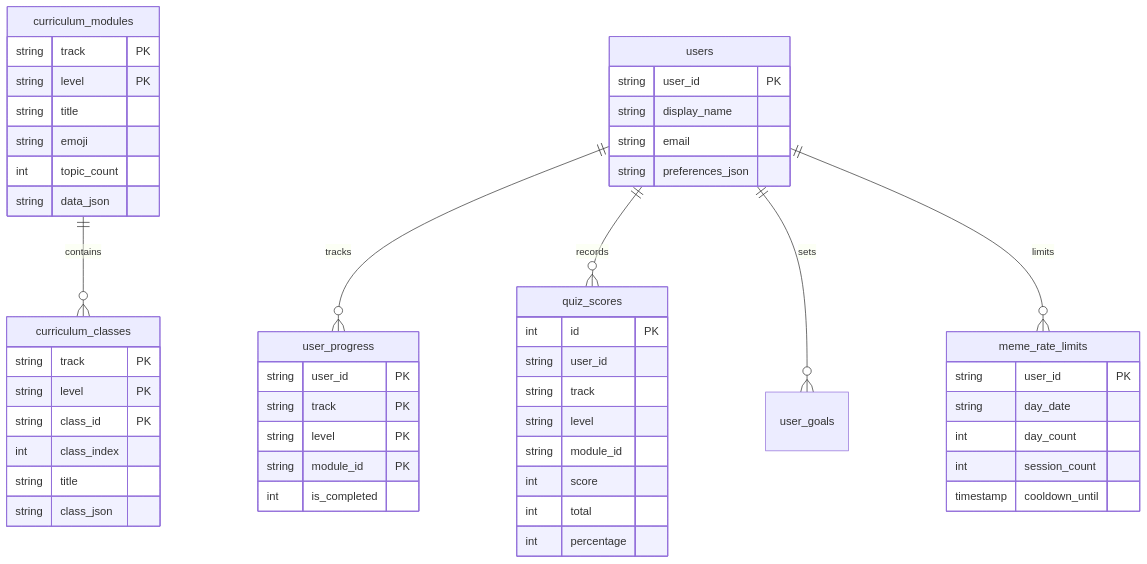
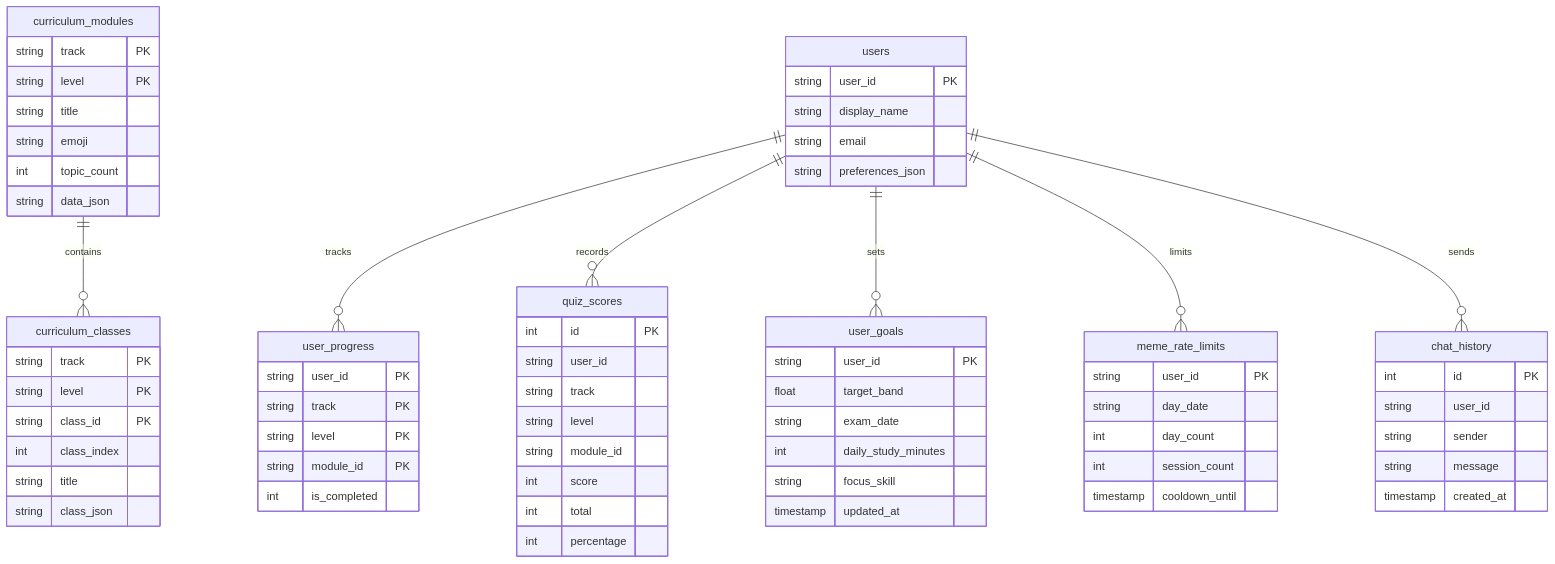
One commit to rifatjahanazad-bd/AI-English-Coach changed the fourth of 5 diagrams in docs/ARCHITECTURE_AND_USER_FLOW.md. Above: the diagram before and after it, drawn with Mermaid. The commit also changed other lines of this file and 68 other files, not shown here.

````diff
--- a/docs/ARCHITECTURE_AND_USER_FLOW.md
+++ b/docs/ARCHITECTURE_AND_USER_FLOW.md
@@ -231,60 +216,78 @@
 ```mermaid
 erDiagram
     curriculum_modules ||--o{ curriculum_classes : contains
     users ||--o{ user_progress : tracks
     users ||--o{ quiz_scores : records
     users ||--o{ user_goals : sets
     users ||--o{ meme_rate_limits : limits
+    users ||--o{ chat_history : sends
 
     curriculum_modules {
         string track PK
         string level PK
         string title
         string emoji
         int topic_count
         string data_json
     }
 
     curriculum_classes {
         string track PK
         string level PK
         string class_id PK
         int class_index
         string title
         string class_json
     }
 
     users {
         string user_id PK
         string display_name
         string email
         string preferences_json
     }
 
+    user_goals {
+        string user_id PK
+        float target_band
+        string exam_date
+        int daily_study_minutes
+        string focus_skill
+        timestamp updated_at
+    }
+
     user_progress {
         string user_id PK
         string track PK
         string level PK
         string module_id PK
         int is_completed
     }
 
     quiz_scores {
         int id PK
         string user_id
         string track
         string level
         string module_id
         int score
         int total
         int percentage
     }
 
+    chat_history {
+        int id PK
+        string user_id
+        string sender
+        string message
+        timestamp created_at
+    }
+
     meme_rate_limits {
         string user_id PK
         string day_date
         int day_count
         int session_count
         timestamp cooldown_until
     }
 ```
````
